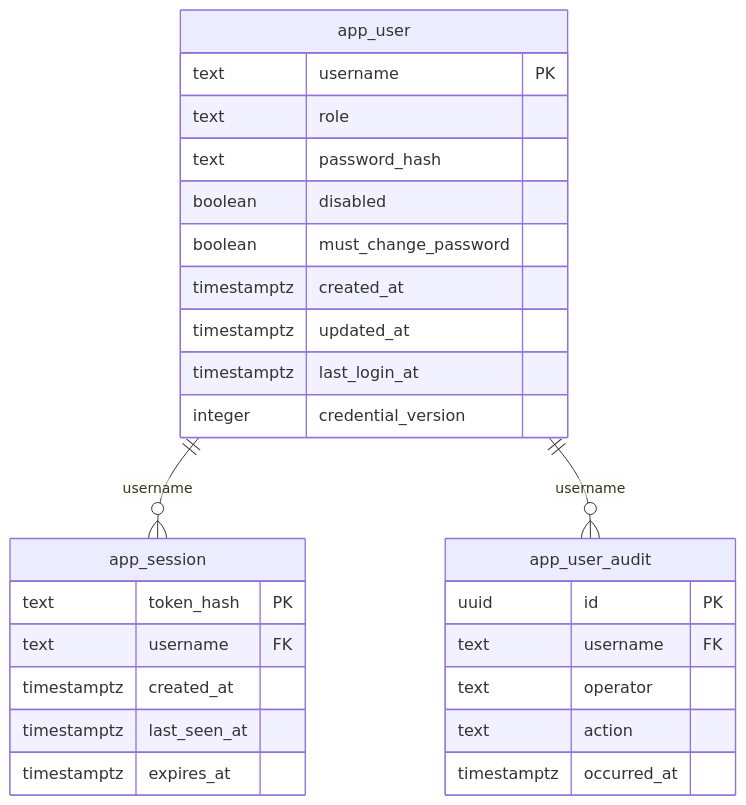
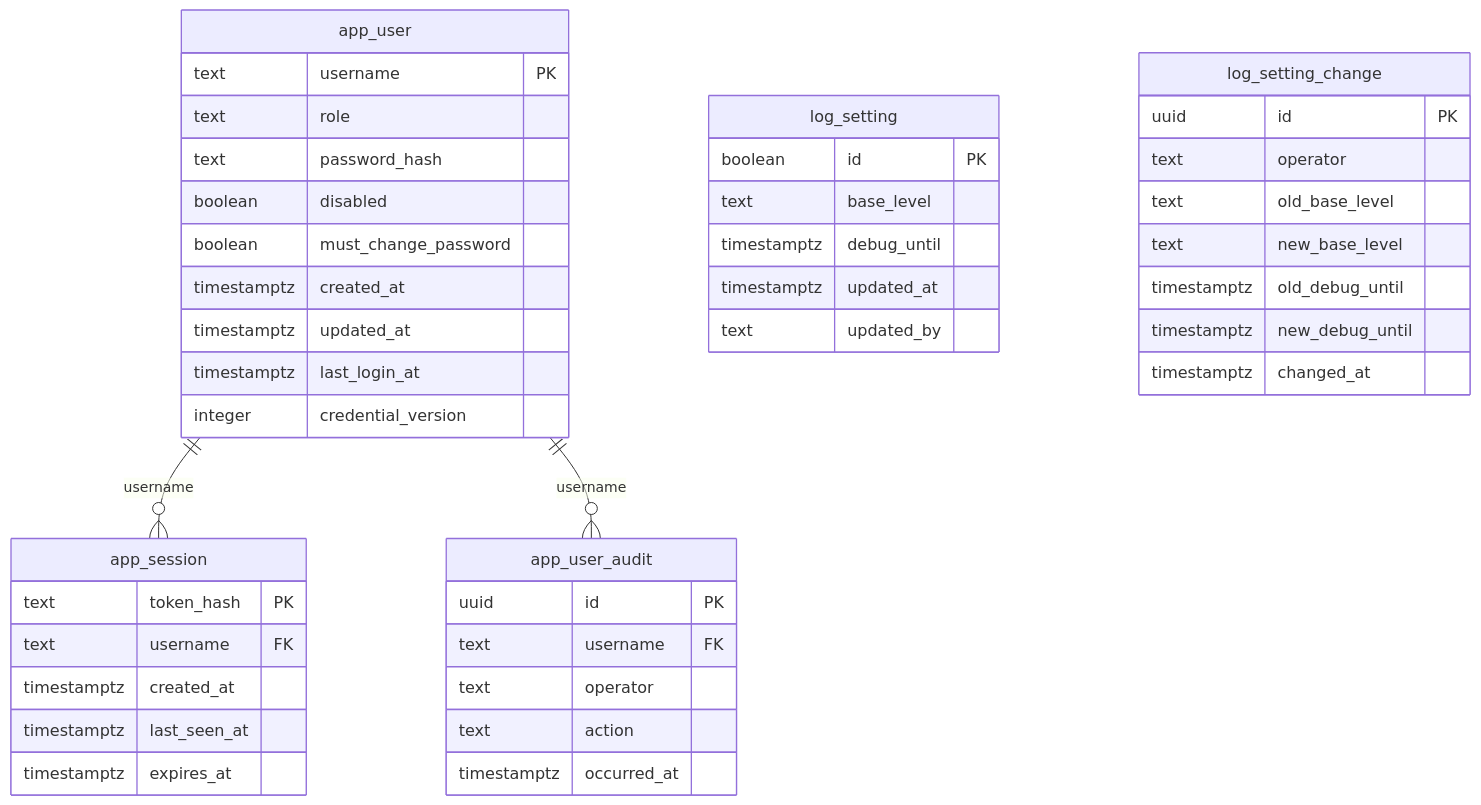
Before and after one commit to altharmz/bss: diagram 11 of 11 in docs/db/README.md, drawn with Mermaid. The commit also changed other lines of this file and 28 other files, not shown here.

First line of the commit message:
Runtime log level in the DB with auto-expiring debug for app, worker and MCP (Fixes #274) (#279)

````diff
--- a/docs/db/README.md
+++ b/docs/db/README.md
@@ -1617,30 +1621,46 @@
 ```mermaid
 erDiagram
   app_user {
     text username PK
     text role
     text password_hash
     boolean disabled
     boolean must_change_password
     timestamptz created_at
     timestamptz updated_at
     timestamptz last_login_at
     integer credential_version
   }
   app_session {
     text token_hash PK
     text username FK
     timestamptz created_at
     timestamptz last_seen_at
     timestamptz expires_at
   }
   app_user_audit {
     uuid id PK
     text username FK
     text operator
     text action
     timestamptz occurred_at
   }
+  log_setting {
+    boolean id PK
+    text base_level
+    timestamptz debug_until
+    timestamptz updated_at
+    text updated_by
+  }
+  log_setting_change {
+    uuid id PK
+    text operator
+    text old_base_level
+    text new_base_level
+    timestamptz old_debug_until
+    timestamptz new_debug_until
+    timestamptz changed_at
+  }
   app_user ||--o{ app_session : "username"
   app_user ||--o{ app_user_audit : "username"
 ```
````
